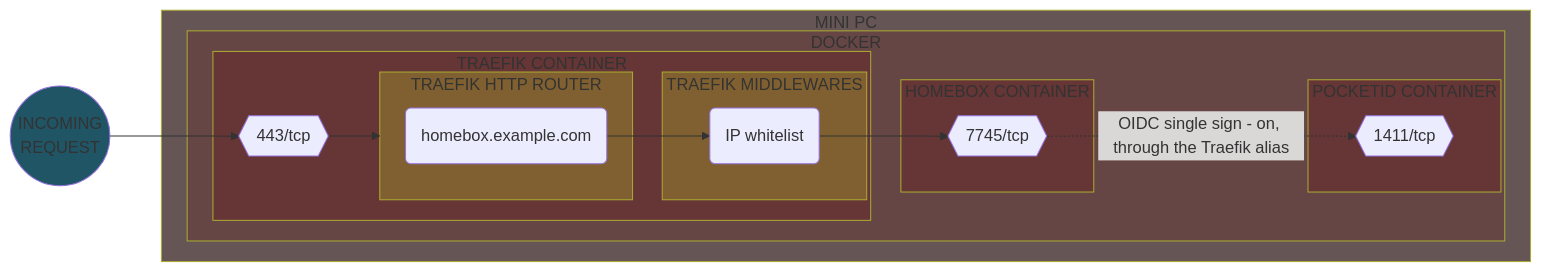
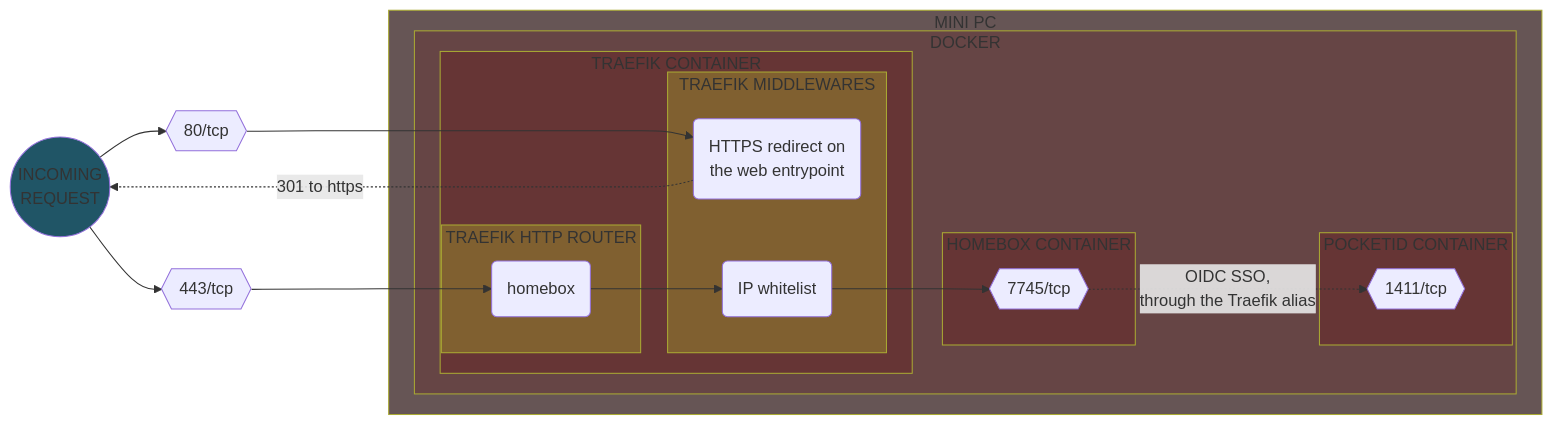
One commit to Yann39/self-hosted-n100 changed diagram 19 of 31 in README.md. Above: the diagram before and after it, drawn with Mermaid. The commit also changed other lines of this file, not shown here.

````diff
--- a/README.md
+++ b/README.md
@@ -4747,47 +4748,52 @@
 ```mermaid
 flowchart LR
     style INCOMING_REQUEST fill: #205566
     style TRAEFIK_CONTAINER fill: #663535
     style APP_CONTAINER fill: #663535
     style POCKETID_CONTAINER fill: #663535
     style TRAEFIK_ROUTER fill: #806030
     style TRAEFIK_MIDDLEWARE fill: #806030
     style SERVER_DEVICE fill: #665555
     style CONTAINER_ENGINE fill: #664545
     DOCKER_TRAEFIK_PORT443{{443/tcp}}
+    DOCKER_TRAEFIK_PORT80{{80/tcp}}
     DOCKER_APP_PORT{{7745/tcp}}
     DOCKER_POCKETID_PORT{{1411/tcp}}
-    TRAEFIK_ROUTER_APP(homebox.example.com)
+    TRAEFIK_ROUTER_APP(homebox)
+    TRAEFIK_MIDDLEWARE_REDIRECT(HTTPS redirect on<br>the web entrypoint)
     TRAEFIK_MIDDLEWARE_IP_WHITELIST(IP whitelist)
     INCOMING_REQUEST((INCOMING\nREQUEST))
-    INCOMING_REQUEST --> DOCKER_TRAEFIK_PORT443
 
     subgraph SERVER_DEVICE[MINI PC]
         subgraph CONTAINER_ENGINE[DOCKER]
             subgraph TRAEFIK_CONTAINER[TRAEFIK CONTAINER]
-                DOCKER_TRAEFIK_PORT443 --> TRAEFIK_ROUTER
-
                 subgraph TRAEFIK_ROUTER[TRAEFIK HTTP ROUTER]
                     TRAEFIK_ROUTER_APP
                 end
 
                 subgraph TRAEFIK_MIDDLEWARE[TRAEFIK MIDDLEWARES]
+                    TRAEFIK_MIDDLEWARE_REDIRECT
                     TRAEFIK_MIDDLEWARE_IP_WHITELIST
                 end
 
-                TRAEFIK_ROUTER_APP --> TRAEFIK_MIDDLEWARE_IP_WHITELIST
             end
 
             subgraph APP_CONTAINER[HOMEBOX CONTAINER]
                 DOCKER_APP_PORT
             end
 
             subgraph POCKETID_CONTAINER[POCKETID CONTAINER]
                 DOCKER_POCKETID_PORT
             end
-
-            TRAEFIK_MIDDLEWARE_IP_WHITELIST --> DOCKER_APP_PORT
-            DOCKER_APP_PORT -.->|OIDC single sign - on, through the Traefik alias| DOCKER_POCKETID_PORT
         end
     end
+
+    INCOMING_REQUEST --> DOCKER_TRAEFIK_PORT443
+    INCOMING_REQUEST --> DOCKER_TRAEFIK_PORT80
+    DOCKER_TRAEFIK_PORT80 ---> TRAEFIK_MIDDLEWARE_REDIRECT
+    TRAEFIK_MIDDLEWARE_REDIRECT -.->|301 to https| INCOMING_REQUEST
+    DOCKER_TRAEFIK_PORT443 --> TRAEFIK_ROUTER_APP
+    TRAEFIK_ROUTER_APP --> TRAEFIK_MIDDLEWARE_IP_WHITELIST
+    TRAEFIK_MIDDLEWARE_IP_WHITELIST --> DOCKER_APP_PORT
+    DOCKER_APP_PORT -.->|OIDC SSO,<br>through the Traefik alias| DOCKER_POCKETID_PORT
 ```
````
